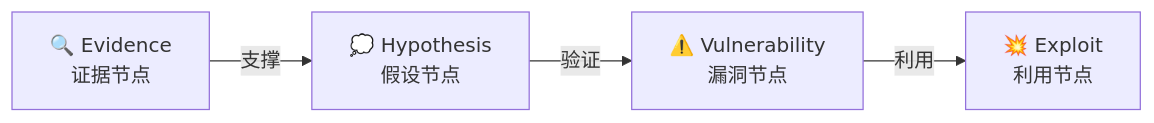
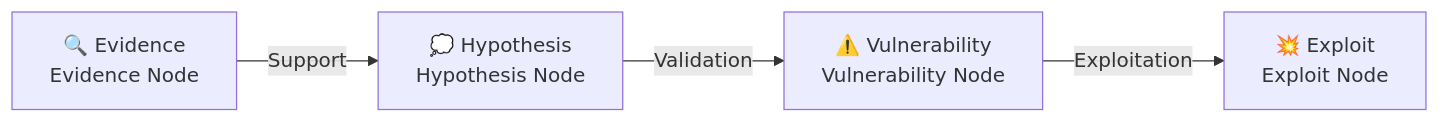
The first of 2 diagrams in README.md (SanMuzZzZz/LuaN1aoAgent), drawn with Mermaid before and after one commit. The commit also changed other lines of this file and 1 other file, not shown here.

````diff
--- a/README.md
+++ b/README.md
@@ -76,6 +81,6 @@
 ```mermaid
 graph LR
-    E[🔍 Evidence<br/>证据节点] -->|支撑| H[💭 Hypothesis<br/>假设节点]
-    H -->|验证| V[⚠️ Vulnerability<br/>漏洞节点]
-    V -->|利用| X[💥 Exploit<br/>利用节点]
+    E[🔍 Evidence<br/>Evidence Node] -->|Support| H[💭 Hypothesis<br/>Hypothesis Node]
+    H -->|Validation| V[⚠️ Vulnerability<br/>Vulnerability Node]
+    V -->|Exploitation| X[💥 Exploit<br/>Exploit Node]
 ```
````
